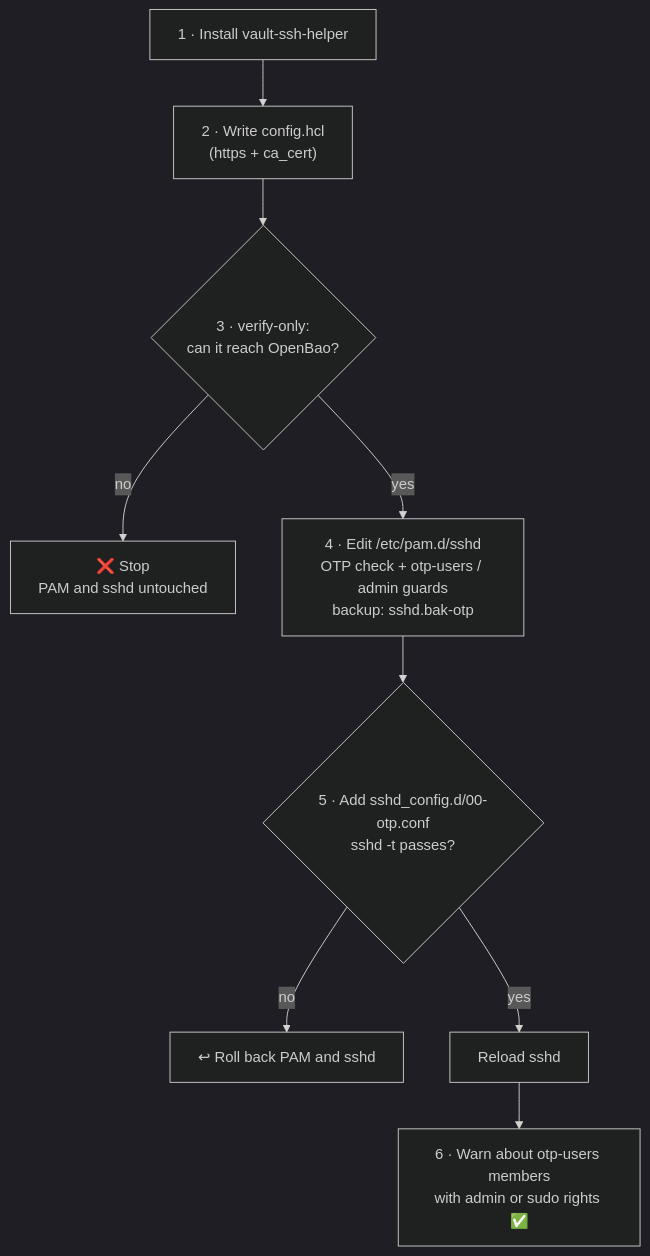
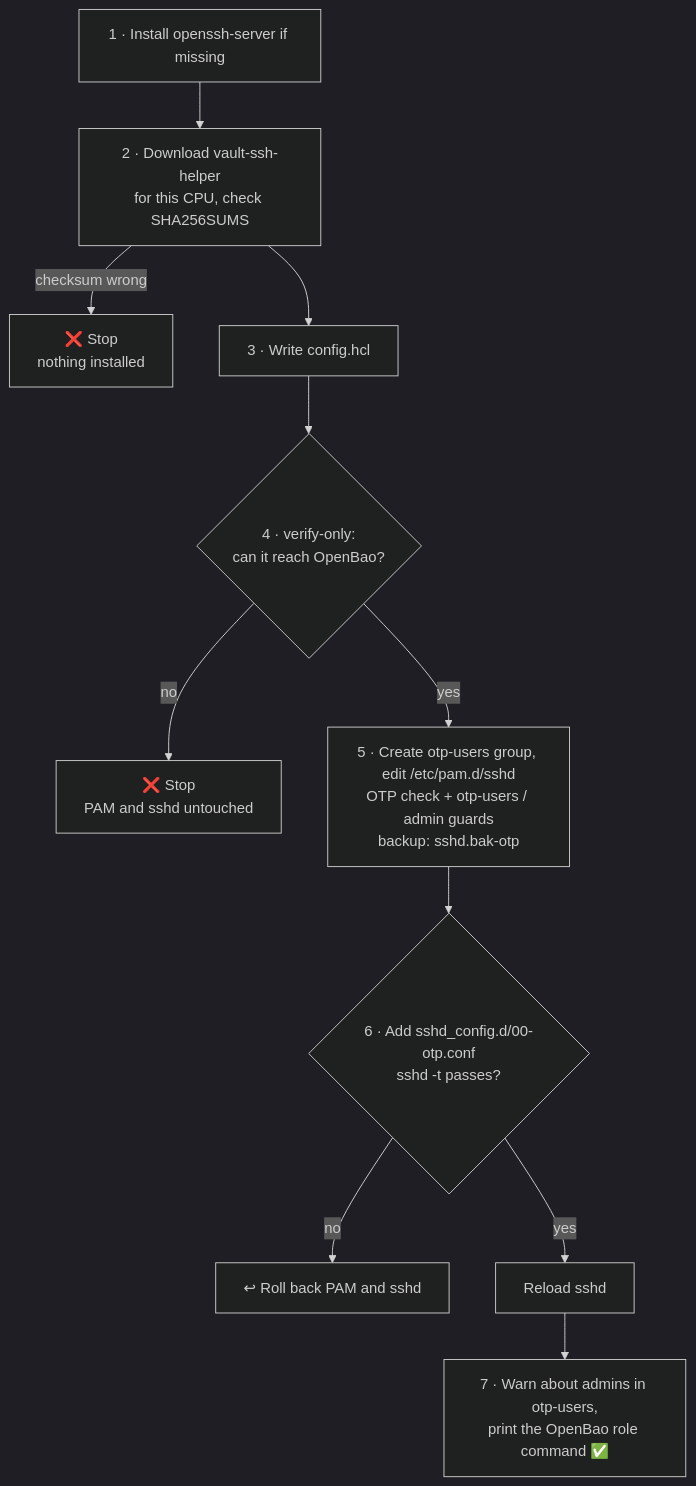
One commit to muthanii/otp-lab changed the diagram in docs/real-server.md. Above: the diagram before and after it, drawn with Mermaid (dark theme). The commit also changed other lines of this file and 6 other files, not shown here.

First line of the commit message:
feat: set up a real server with one command

````diff
--- a/docs/real-server.md
+++ b/docs/real-server.md
@@ -14,11 +16,13 @@
 ```mermaid
 flowchart TD
-    S1["1 · Install vault-ssh-helper"] --> S2["2 · Write config.hcl<br/>(https + ca_cert)"]
-    S2 --> S3{"3 · verify-only:<br/>can it reach OpenBao?"}
-    S3 -- no --> STOP1["❌ Stop<br/>PAM and sshd untouched"]
-    S3 -- yes --> S4["4 · Edit /etc/pam.d/sshd<br/>OTP check + otp-users / admin guards<br/>backup: sshd.bak-otp"]
-    S4 --> S5{"5 · Add sshd_config.d/00-otp.conf<br/>sshd -t passes?"}
-    S5 -- no --> STOP2["↩ Roll back PAM and sshd"]
-    S5 -- yes --> S6["Reload sshd"]
-    S6 --> S7["6 · Warn about otp-users members<br/>with admin or sudo rights ✅"]
+    S1["1 · Install openssh-server if missing"] --> S2["2 · Download vault-ssh-helper<br/>for this CPU, check SHA256SUMS"]
+    S2 -- "checksum wrong" --> STOP0["❌ Stop<br/>nothing installed"]
+    S2 --> S3["3 · Write config.hcl"]
+    S3 --> S4{"4 · verify-only:<br/>can it reach OpenBao?"}
+    S4 -- no --> STOP1["❌ Stop<br/>PAM and sshd untouched"]
+    S4 -- yes --> S6["5 · Create otp-users group, edit /etc/pam.d/sshd<br/>OTP check + otp-users / admin guards<br/>backup: sshd.bak-otp"]
+    S6 --> S7{"6 · Add sshd_config.d/00-otp.conf<br/>sshd -t passes?"}
+    S7 -- no --> STOP2["↩ Roll back PAM and sshd"]
+    S7 -- yes --> S8["Reload sshd"]
+    S8 --> S9["7 · Warn about admins in otp-users,<br/>print the OpenBao role command ✅"]
 ```
````
